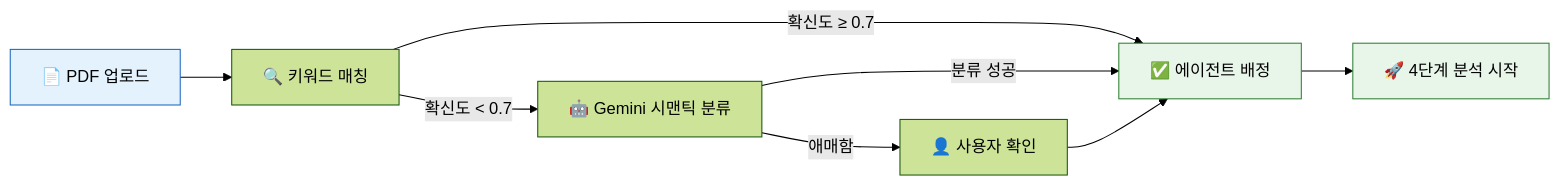
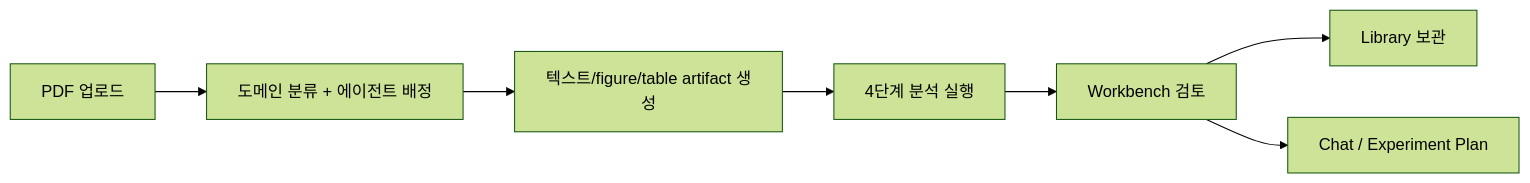
Before and after one commit to dosigner/sasoo: the first of 2 diagrams in README.md, drawn with Mermaid (forest theme). The commit also changed other lines of this file, not shown here.

````diff
--- a/README.md
+++ b/README.md
@@ -147,13 +101,9 @@
 ```mermaid
 flowchart LR
-    A["📄 PDF 업로드"]:::input --> B["🔍 키워드 매칭"]
-    B -->|"확신도 ≥ 0.7"| D["✅ 에이전트 배정"]:::success
-    B -->|"확신도 < 0.7"| C["🤖 Gemini 시맨틱 분류"]
-    C -->|"분류 성공"| D
-    C -->|"애매함"| E["👤 사용자 확인"]
-    E --> D
-    D --> F["🚀 4단계 분석 시작"]:::success
-
-    classDef input fill:#e3f2fd,stroke:#1565c0,color:#000
-    classDef success fill:#e8f5e9,stroke:#2e7d32,color:#000
+    A["PDF 업로드"] --> B["도메인 분류 + 에이전트 배정"]
+    B --> C["텍스트/figure/table artifact 생성"]
+    C --> D["4단계 분석 실행"]
+    D --> E["Workbench 검토"]
+    E --> F["Library 보관"]
+    E --> G["Chat / Experiment Plan"]
 ```
````
